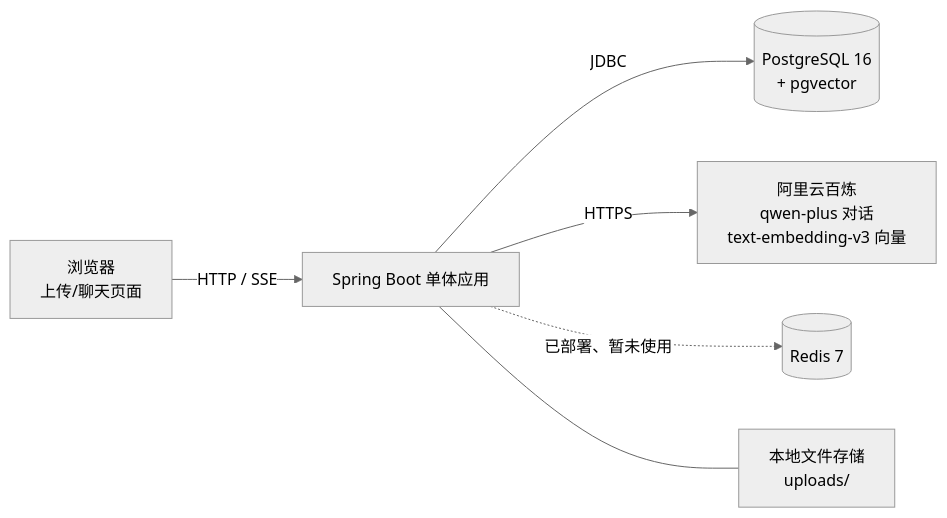
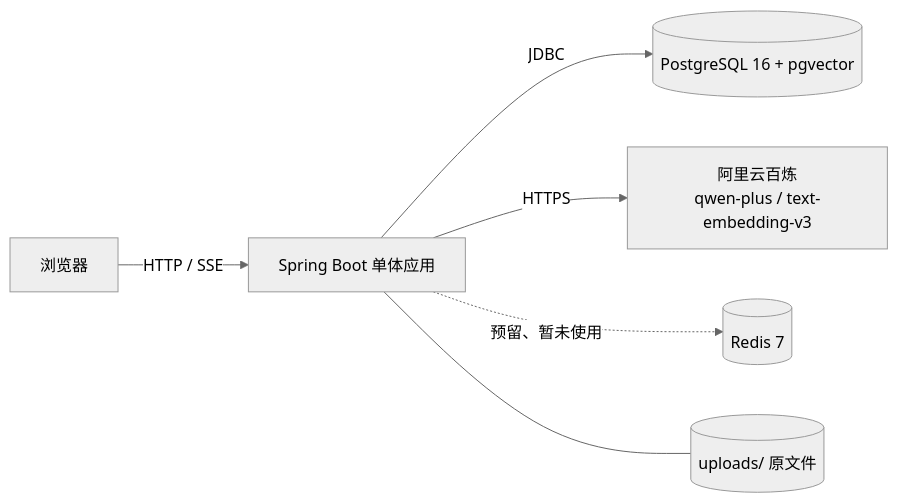
One commit to Kagtro/AI-RAG_training changed the first of 6 diagrams in docs/architecture.md. Above: the diagram before and after it, drawn with Mermaid (neutral theme). The commit also changed other lines of this file and 2 other files, not shown here.

First line of the commit message:
docs: rewrite README and architecture for current system

````diff
--- a/docs/architecture.md
+++ b/docs/architecture.md
@@ -35,8 +37,8 @@
 ```mermaid
 flowchart LR
-    U[浏览器<br/>上传/聊天页面] -->|HTTP / SSE| APP[Spring Boot 单体应用]
-    APP -->|JDBC| PG[(PostgreSQL 16<br/>+ pgvector)]
-    APP -->|HTTPS| DS[阿里云百炼<br/>qwen-plus 对话<br/>text-embedding-v3 向量]
-    APP -.已部署、暂未使用.-> REDIS[(Redis 7)]
-    APP --- FS[本地文件存储<br/>uploads/]
+    U[浏览器] -->|HTTP / SSE| APP[Spring Boot 单体应用]
+    APP -->|JDBC| PG[(PostgreSQL 16 + pgvector)]
+    APP -->|HTTPS| DS[阿里云百炼<br/>qwen-plus / text-embedding-v3]
+    APP -.预留、暂未使用.-> REDIS[(Redis 7)]
+    APP --- FS[(uploads/ 原文件)]
 ```
````
